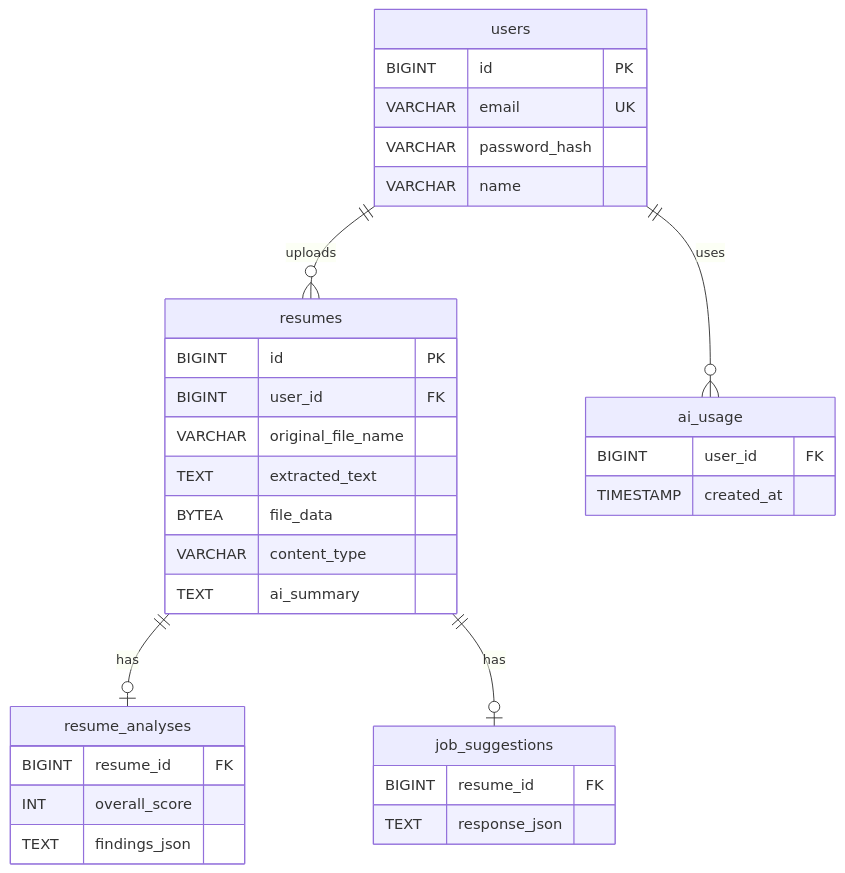
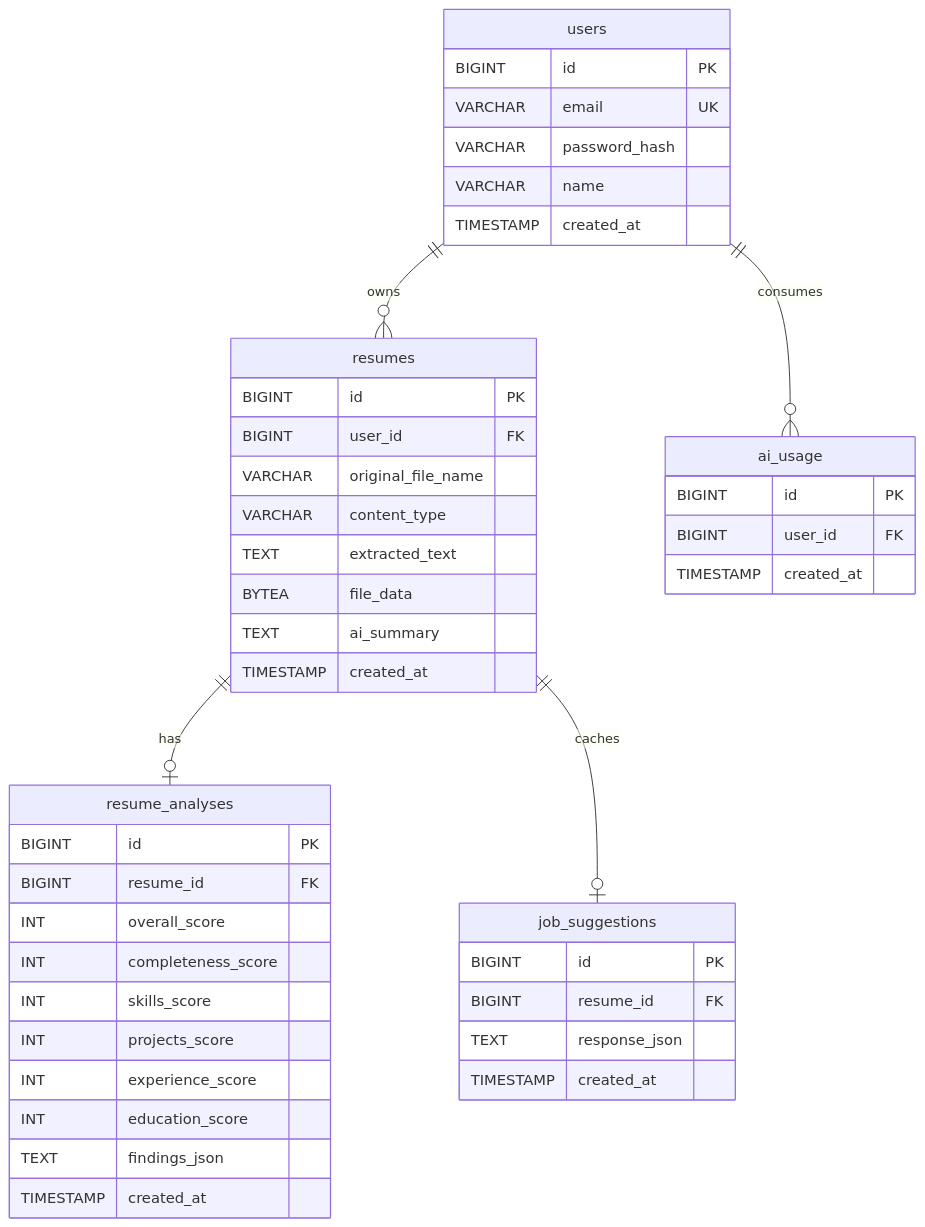
Before and after one commit to shalinchristian/Resqora: the third of 3 diagrams in README.md, drawn with Mermaid. The commit also changed other lines of this file, not shown here.

````diff
--- a/README.md
+++ b/README.md
@@ -123,36 +124,48 @@
 ```mermaid
 erDiagram
-    users ||--o{ resumes : uploads
-    users ||--o{ ai_usage : uses
+    users ||--o{ resumes : owns
+    users ||--o{ ai_usage : consumes
     resumes ||--o| resume_analyses : has
-    resumes ||--o| job_suggestions : has
+    resumes ||--o| job_suggestions : caches
 
     users {
         BIGINT id PK
         VARCHAR email UK
         VARCHAR password_hash
         VARCHAR name
+        TIMESTAMP created_at
     }
     resumes {
         BIGINT id PK
         BIGINT user_id FK
         VARCHAR original_file_name
+        VARCHAR content_type
         TEXT extracted_text
         BYTEA file_data
-        VARCHAR content_type
         TEXT ai_summary
+        TIMESTAMP created_at
     }
     resume_analyses {
+        BIGINT id PK
         BIGINT resume_id FK
         INT overall_score
+        INT completeness_score
+        INT skills_score
+        INT projects_score
+        INT experience_score
+        INT education_score
         TEXT findings_json
+        TIMESTAMP created_at
     }
     ai_usage {
+        BIGINT id PK
         BIGINT user_id FK
         TIMESTAMP created_at
     }
     job_suggestions {
+        BIGINT id PK
         BIGINT resume_id FK
         TEXT response_json
+        TIMESTAMP created_at
     }
 ```
````
